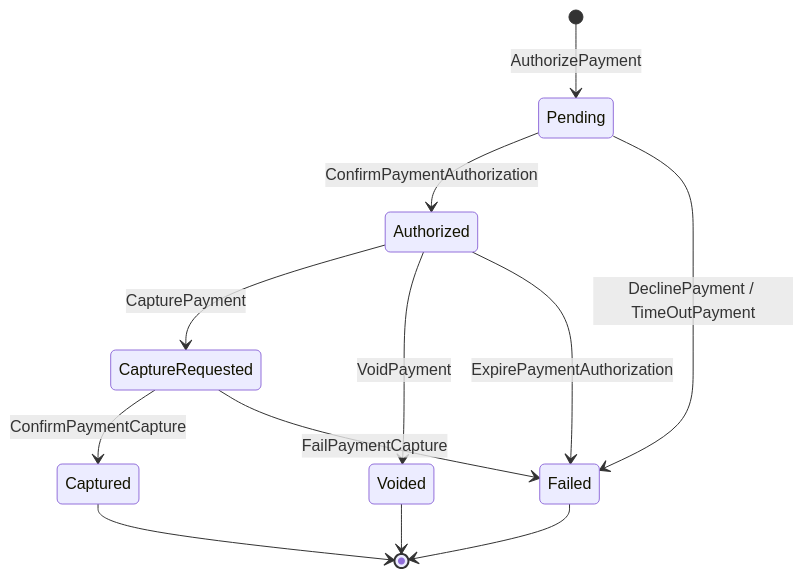
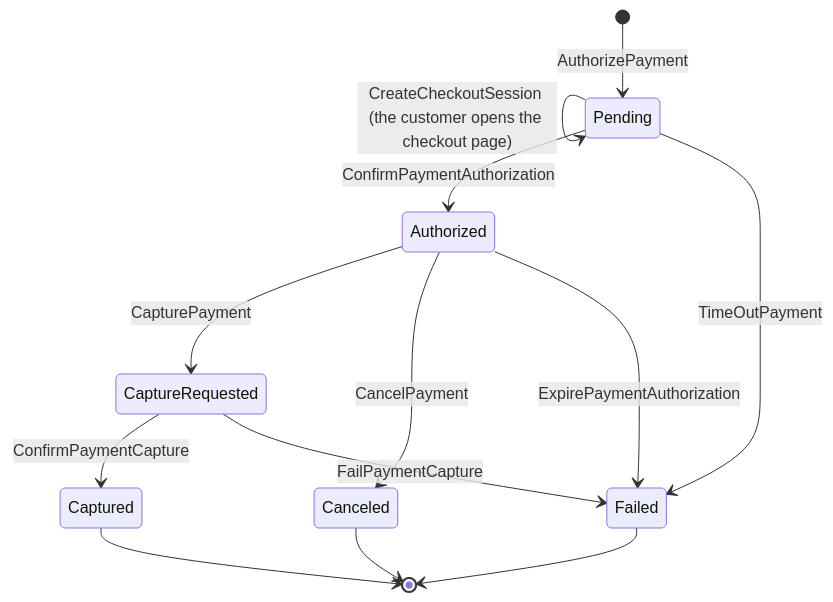
The first of 5 diagrams in samples/distributed-processes/README.md (oskardudycz/EventSourcing.JVM), drawn with Mermaid before and after one commit. The commit also changed other lines of this file and 257 other files, not shown here.

````diff
--- a/samples/distributed-processes/README.md
+++ b/samples/distributed-processes/README.md
@@ -225,14 +233,15 @@
 ```mermaid
 stateDiagram-v2
     [*] --> Pending: AuthorizePayment
+    Pending --> Pending: CreateCheckoutSession (the customer opens the checkout page)
     Pending --> Authorized: ConfirmPaymentAuthorization
-    Pending --> Failed: DeclinePayment / TimeOutPayment
+    Pending --> Failed: TimeOutPayment
     Authorized --> CaptureRequested: CapturePayment
-    Authorized --> Voided: VoidPayment
+    Authorized --> Canceled: CancelPayment
     Authorized --> Failed: ExpirePaymentAuthorization
     CaptureRequested --> Captured: ConfirmPaymentCapture
     CaptureRequested --> Failed: FailPaymentCapture
     Captured --> [*]
-    Voided --> [*]
+    Canceled --> [*]
     Failed --> [*]
 ```
````
